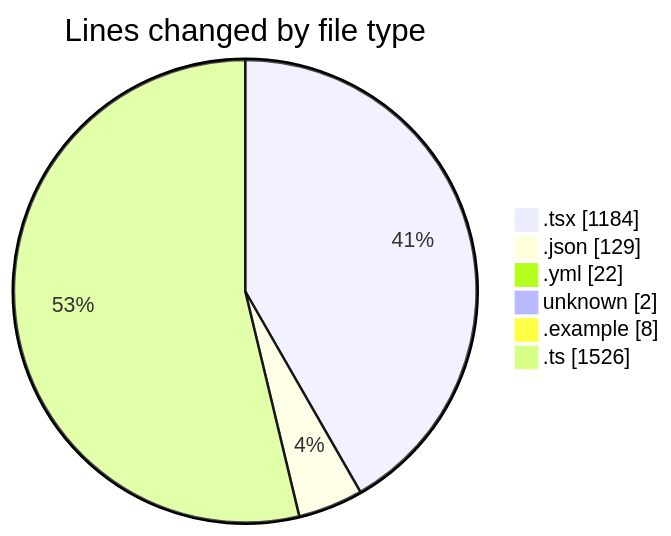
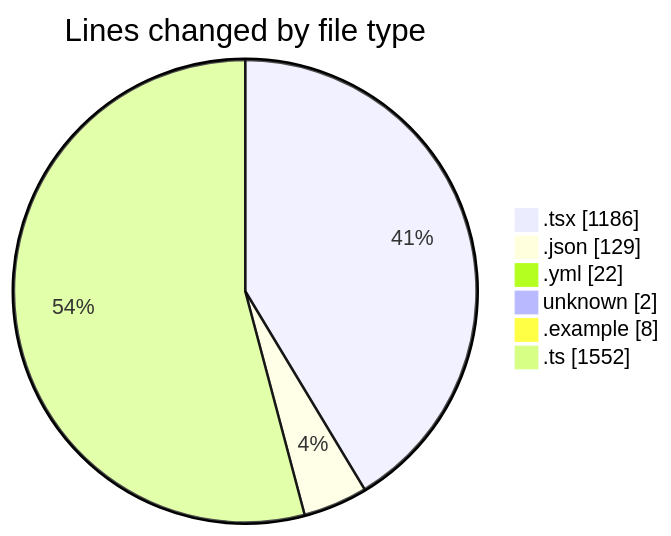
One commit to julien-gomy/code-tracking changed the first of 2 diagrams in 2025-11-21/eventscop-frontend-guide__workspace_/README.md. Above: the diagram before and after it, drawn with Mermaid. The commit also changed other lines of this file and 1 other file, not shown here.

````diff
--- a/2025-11-21/eventscop-frontend-guide__workspace_/README.md
+++ b/2025-11-21/eventscop-frontend-guide__workspace_/README.md
@@ -45,10 +45,10 @@
 ```mermaid
 pie showData
 title Lines changed by file type
-".tsx" : 1184
+".tsx" : 1186
 ".json" : 129
 ".yml" : 22
 "unknown" : 2
 ".example" : 8
-".ts" : 1526
+".ts" : 1552
 ```
````
